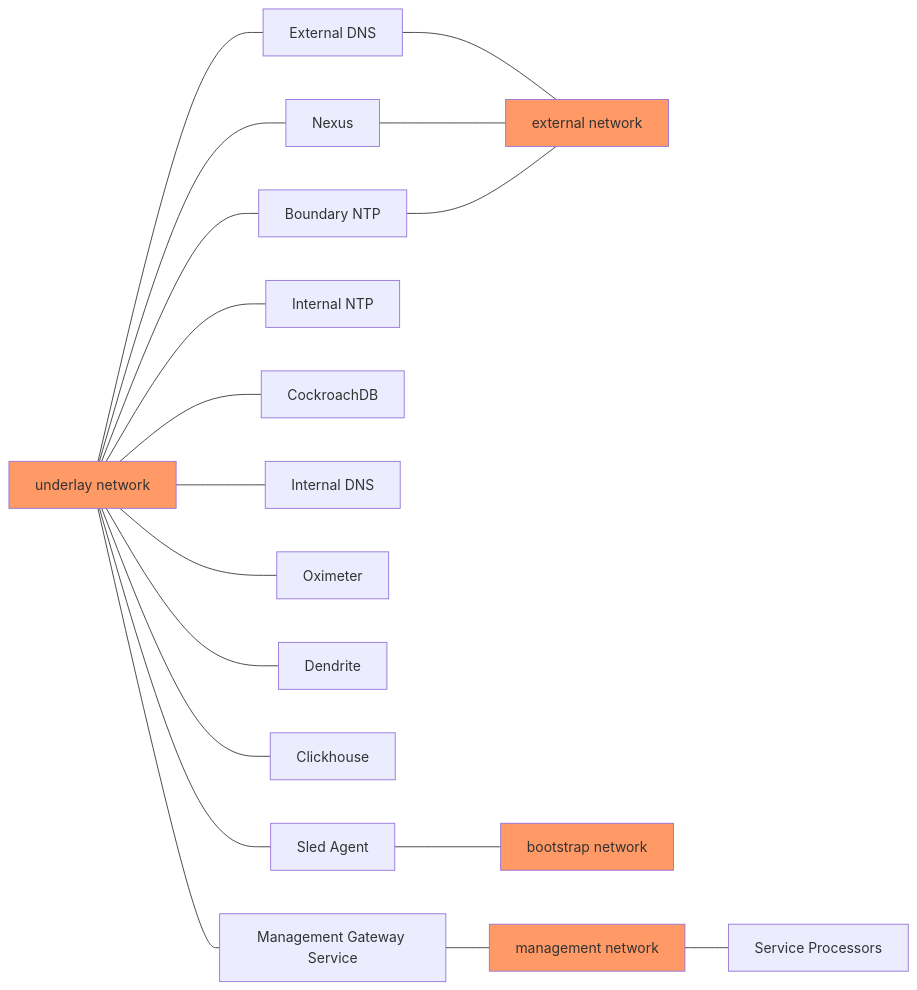
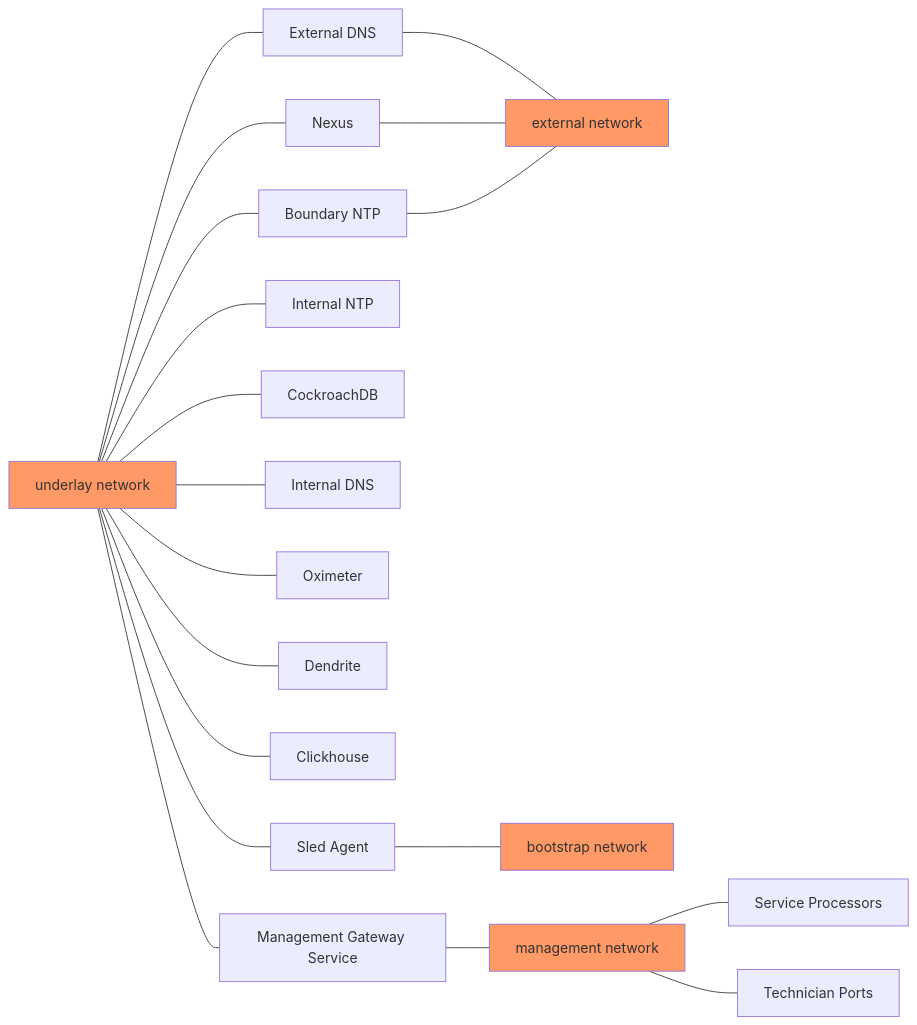
Before and after one commit to oxidecomputer/omicron: the first of 2 diagrams in docs/networking.adoc, drawn with Mermaid. The commit also changed other lines of this file, not shown here.

Commit message:
grammar nit; add techports to diagram

````diff
--- a/docs/networking.adoc
+++ b/docs/networking.adoc
@@ -132,44 +132,46 @@
 ```mermaid
 graph RL
 
     net_external --- ExternalDns
     net_external --- Nexus
     net_external --- BoundaryNtp
 
     ExternalDns --- net_underlay
     Nexus --- net_underlay
     BoundaryNtp --- net_underlay
     InternalNtp --- net_underlay
     CockroachDB --- net_underlay
     InternalDns --- net_underlay
     Oximeter --- net_underlay
     Dendrite --- net_underlay
     Clickhouse --- net_underlay
     SledAgent --- net_underlay
     MGS --- net_underlay
 
     net_management --- MGS
     SPs --- net_management
+    TechPorts --- net_management
 
     net_bootstrap --- SledAgent
 
     %% Labels are defined as needed at the end here to avoid changing the layout.
     ExternalDns["External DNS"]
     BoundaryNtp["Boundary NTP"]
     InternalNtp["Internal NTP"]
     InternalDns["Internal DNS"]
     SledAgent["Sled Agent"]
     MGS["Management Gateway Service"]
     SPs["Service Processors"]
+    TechPorts["Technician Ports"]
 
     net_underlay["underlay network"]
     net_external["external network"]
     net_management["management network"]
     net_bootstrap["bootstrap network"]
 
     classDef network fill:#f96
     class net_external network
     class net_management network
     class net_underlay network
     class net_bootstrap network
 ```
````
